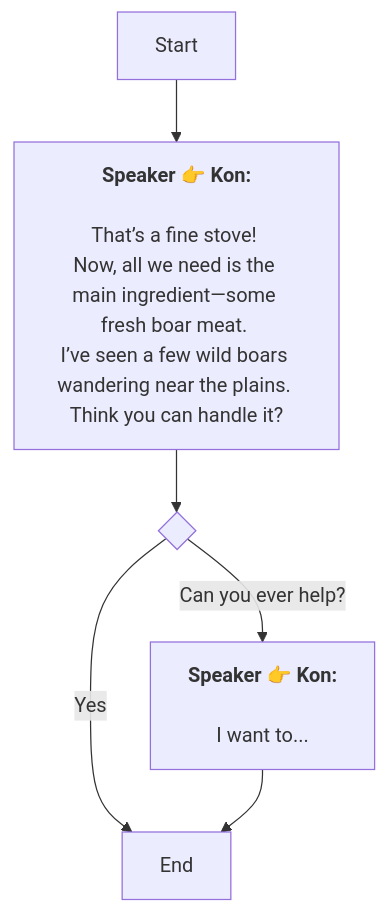
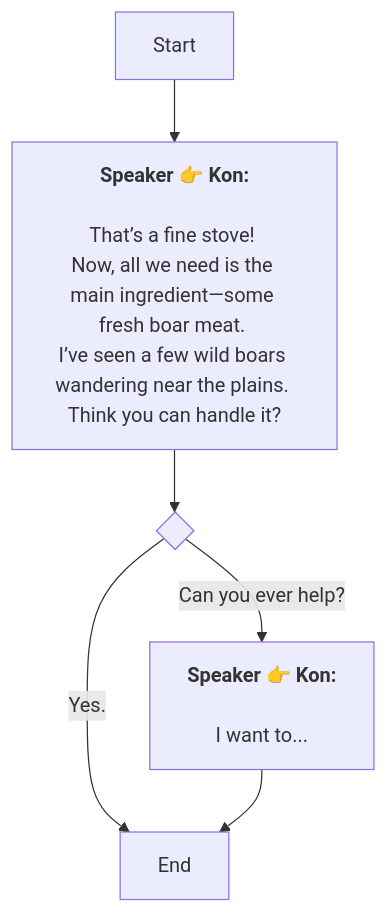
Before and after one commit to SoftHu/tos_avg: the diagram in En/QuestStartTalkENode_1768893216400430.md, drawn with Mermaid. The commit also changed 312 other files, not shown here.

````diff
--- a/En/QuestStartTalkENode_1768893216400430.md
+++ b/En/QuestStartTalkENode_1768893216400430.md
@@ -1,16 +1,16 @@
 ```mermaid
 graph
 Start -->1768893252997169[<b>Speaker 👉 Kon:</b>
 
 That’s a fine stove! 
 Now, all we need is the main ingredient—some fresh boar meat. 
 I’ve seen a few wild boars wandering near the plains. 
 Think you can handle it?]
 1768893252997169 -->1768893293350962{ }
 1768893293350962 -->|Can you ever help?|1768893303806007[<b>Speaker 👉 Kon:</b>
 
 I want to...]
-1768893293350962 -->|Yes|1768893307619384[End]
+1768893293350962 -->|Yes.|1768893307619384[End]
 1768893303806007 -->1768893307619384[End]
 
  ```
````
